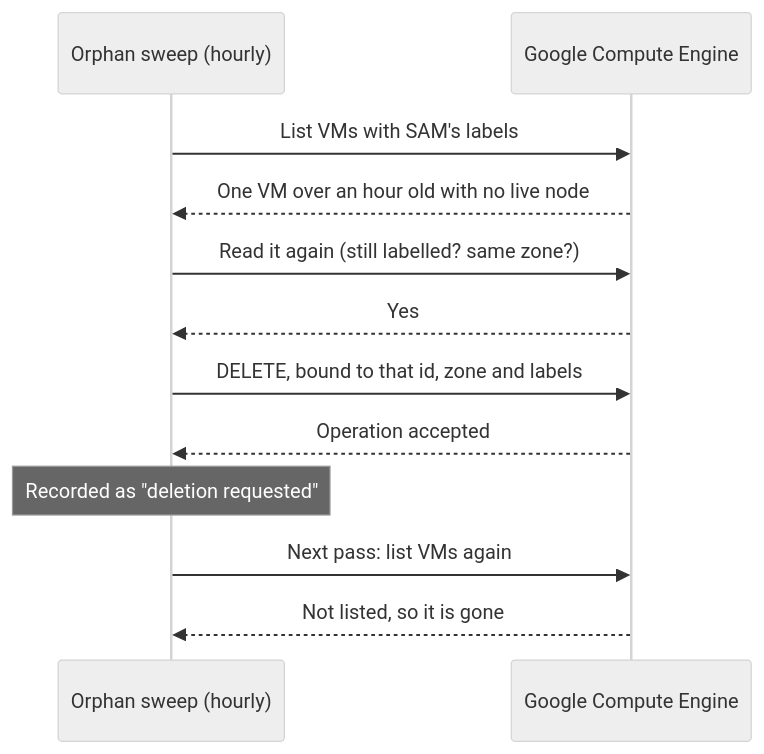
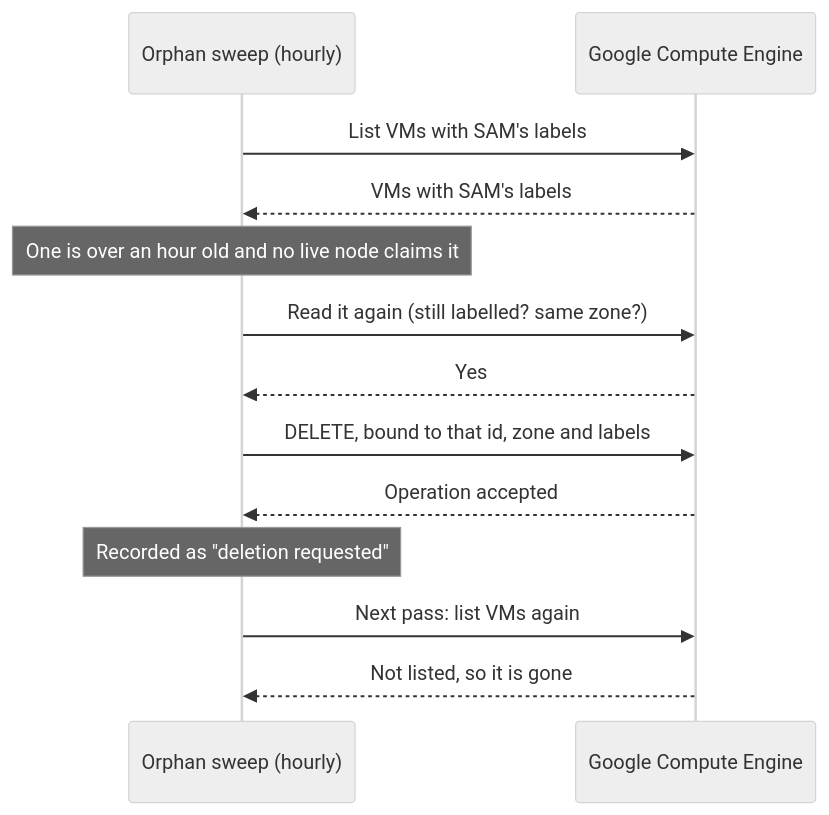
One commit to raphaeltm/simple-agent-manager changed the diagram in apps/www/src/content/blog/sams-journal-five-seconds-met-google-cloud.md. Above: the diagram before and after it, drawn with Mermaid (neutral theme). The commit also changed other lines of this file, not shown here.

````diff
--- a/apps/www/src/content/blog/sams-journal-five-seconds-met-google-cloud.md
+++ b/apps/www/src/content/blog/sams-journal-five-seconds-met-google-cloud.md
@@ -43,14 +43,15 @@
 ```mermaid
 sequenceDiagram
     participant S as Orphan sweep (hourly)
     participant G as Google Compute Engine
     S->>G: List VMs with SAM's labels
-    G-->>S: One VM over an hour old with no live node
+    G-->>S: VMs with SAM's labels
+    Note over S: One is over an hour old and no live node claims it
     S->>G: Read it again (still labelled? same zone?)
     G-->>S: Yes
     S->>G: DELETE, bound to that id, zone and labels
     G-->>S: Operation accepted
     Note over S: Recorded as "deletion requested"
     S->>G: Next pass: list VMs again
     G-->>S: Not listed, so it is gone
 ```
````
